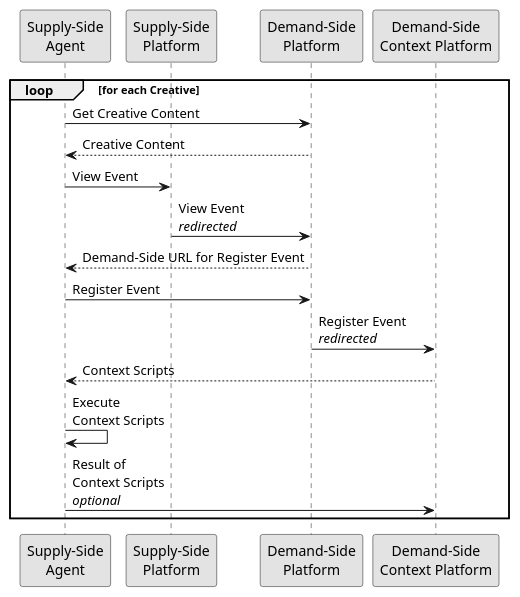
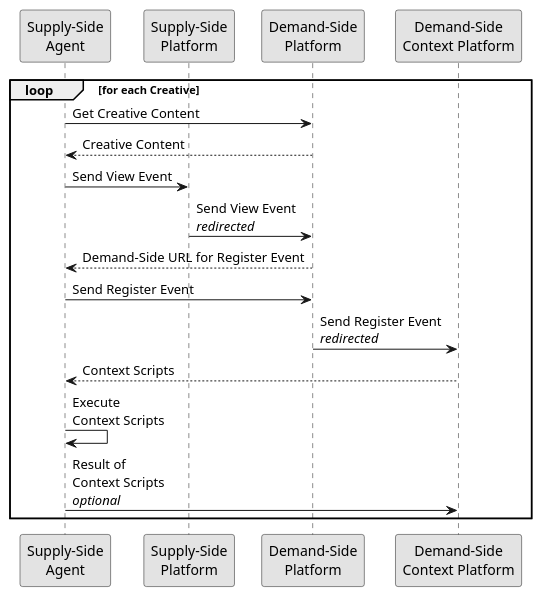
The second of 2 diagrams in protocol/impressions/user_browses.rst (adshares/adshares-docs), drawn with PlantUML before and after one commit. The commit also changed other lines of this file and 26 other files, not shown here.

```diff
--- a/protocol/impressions/user_browses.rst
+++ b/protocol/impressions/user_browses.rst
@@ -69,22 +69,22 @@
 .. uml::
     :align: center
 
     skinparam monochrome true
 
     participant "Supply-Side\nAgent"                as SSA
     participant "Supply-Side\nPlatform"             as SSP
     participant "Demand-Side\nPlatform"             as DSP
     participant "Demand-Side\nContext Platform"     as DSCP
 
     loop for each Creative
-        SSA -> DSP : Get Creative Content
-        DSP --> SSA : Creative Content
-        SSA -> SSP : View Event
-        SSP -> DSP: View Event\n//redirected//
-        DSP --> SSA: Demand-Side URL for Register Event
-        SSA -> DSP : Register Event
-        DSP -> DSCP: Register Event\n//redirected//
-        DSCP --> SSA: Context Scripts
-        SSA -> SSA: Execute\nContext Scripts
-        SSA -> DSCP: Result of\nContext Scripts\n//optional//
+        SSA ->      DSP     : Get Creative Content
+        DSP -->     SSA     : Creative Content
+        SSA ->      SSP     : Send View Event
+        SSP ->      DSP     : Send View Event\n//redirected//
+        DSP -->     SSA     : Demand-Side URL for Register Event
+        SSA ->      DSP     : Send Register Event
+        DSP ->      DSCP    : Send Register Event\n//redirected//
+        DSCP -->    SSA     : Context Scripts
+        SSA ->      SSA     : Execute\nContext Scripts
+        SSA ->      DSCP    : Result of\nContext Scripts\n//optional//
     end
```
